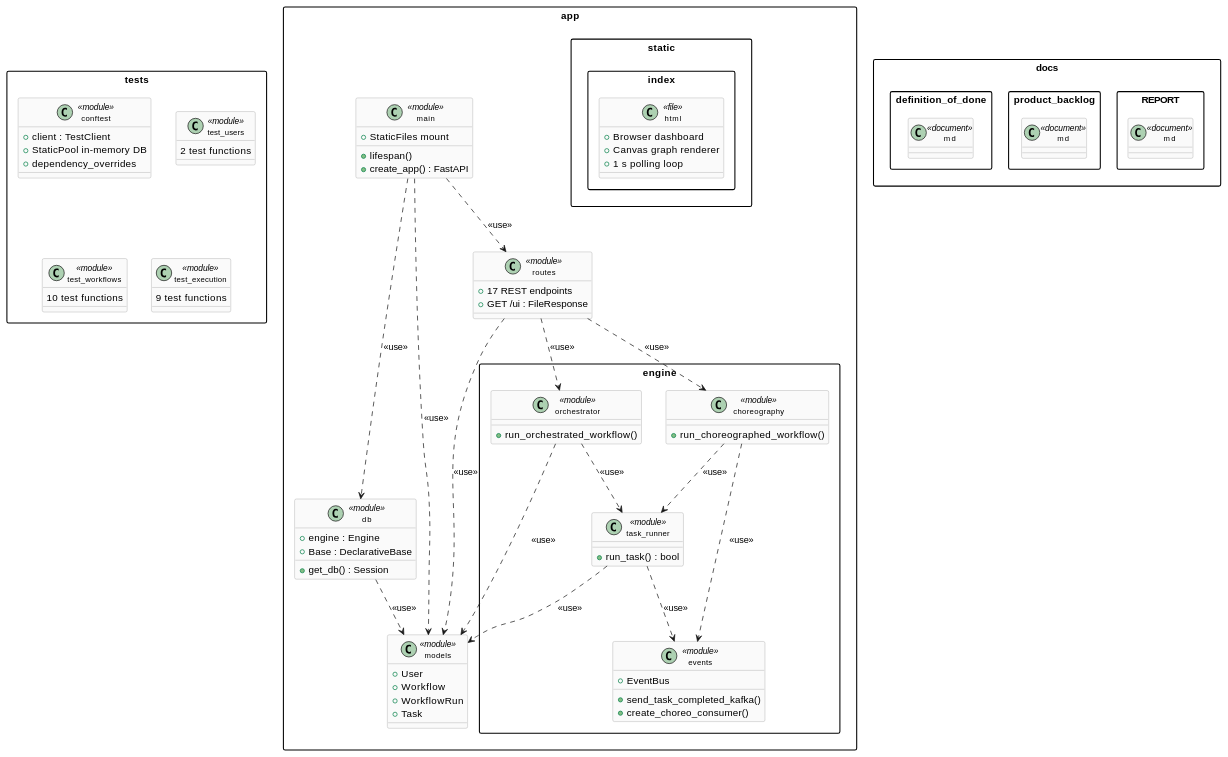
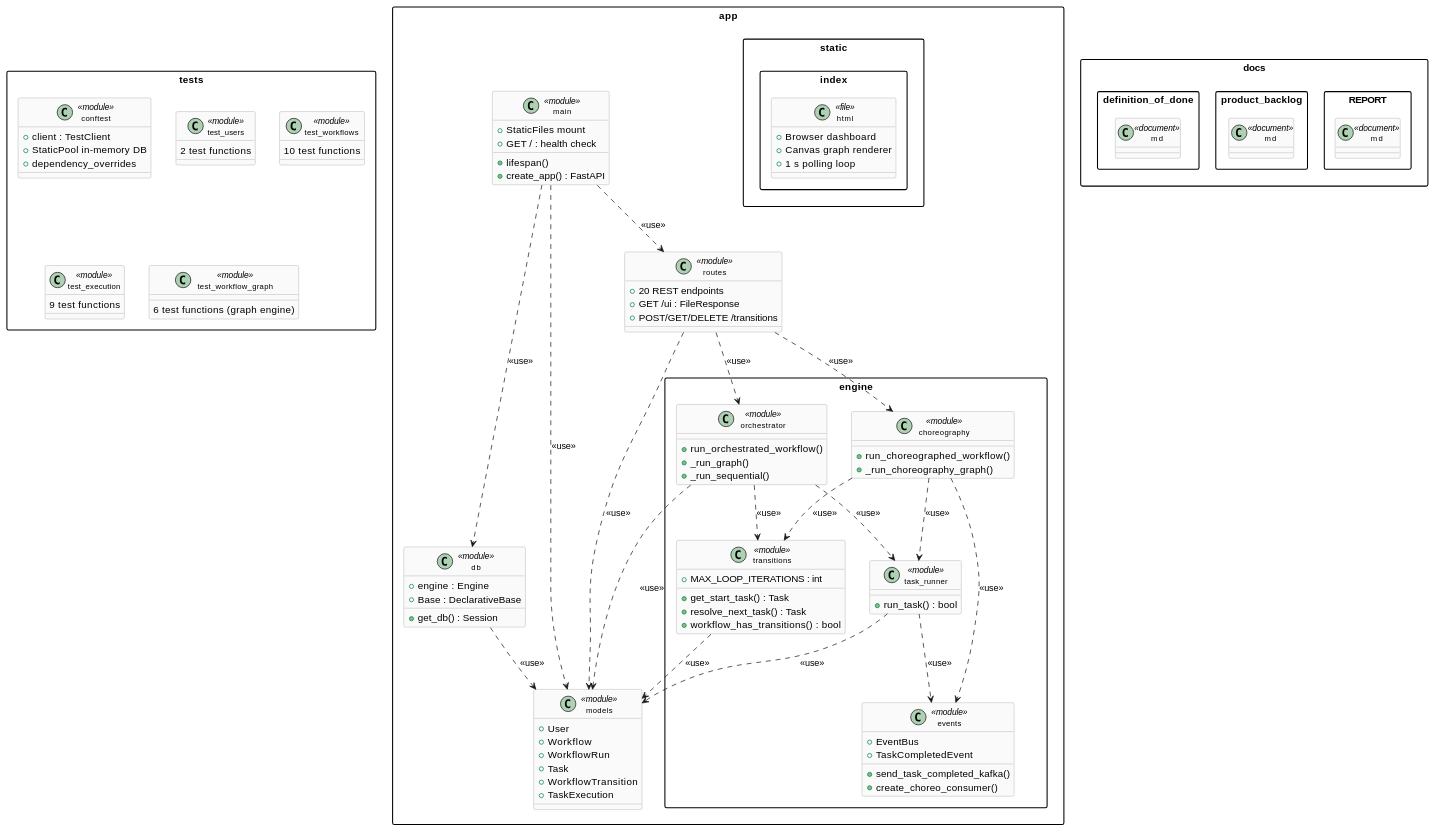
One commit to MAES1102/WMS changed the first of 15 diagrams in docs/REPORT.md. Above: the diagram before and after it, drawn with PlantUML. The commit also changed other lines of this file and 32 other files, not shown here.

Commit message:
archive: preserve advanced graph prototype

````diff
--- a/docs/REPORT.md
+++ b/docs/REPORT.md
@@ -874,6 +1013,7 @@
     + lifespan()
     + create_app() : FastAPI
     + StaticFiles mount
+    + GET / : health check
   }
   class "db" <<module>> {
     + get_db() : Session
@@ -885,15 +1025,25 @@
     + Workflow
     + WorkflowRun
     + Task
+    + WorkflowTransition
+    + TaskExecution
   }
   class "routes" <<module>> {
-    + 17 REST endpoints
+    + 20 REST endpoints
     + GET /ui : FileResponse
+    + POST/GET/DELETE /transitions
   }
 
   package "engine" {
+    class "transitions" <<module>> {
+      + get_start_task() : Task
+      + resolve_next_task() : Task
+      + workflow_has_transitions() : bool
+      + MAX_LOOP_ITERATIONS : int
+    }
     class "events" <<module>> {
       + EventBus
+      + TaskCompletedEvent
       + send_task_completed_kafka()
       + create_choreo_consumer()
     }
@@ -902,9 +1052,12 @@
     }
     class "orchestrator" <<module>> {
       + run_orchestrated_workflow()
+      + _run_graph()
+      + _run_sequential()
     }
     class "choreography" <<module>> {
       + run_choreographed_workflow()
+      + _run_choreography_graph()
     }
   }
 
@@ -932,6 +1085,9 @@
   class "test_execution" <<module>> {
     9 test functions
   }
+  class "test_workflow_graph" <<module>> {
+    6 test functions (graph engine)
+  }
 }
 
 package "docs" {
@@ -947,11 +1103,14 @@
 "routes" ..> "choreography" : <<use>>
 "routes" ..> "models" : <<use>>
 "orchestrator" ..> "task_runner" : <<use>>
+"orchestrator" ..> "transitions" : <<use>>
 "choreography" ..> "task_runner" : <<use>>
+"choreography" ..> "transitions" : <<use>>
 "choreography" ..> "events" : <<use>>
 "task_runner" ..> "events" : <<use>>
 "task_runner" ..> "models" : <<use>>
 "orchestrator" ..> "models" : <<use>>
+"transitions" ..> "models" : <<use>>
 "db" ..> "models" : <<use>>
 @enduml
 ```
````
